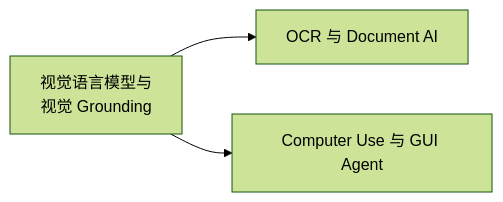
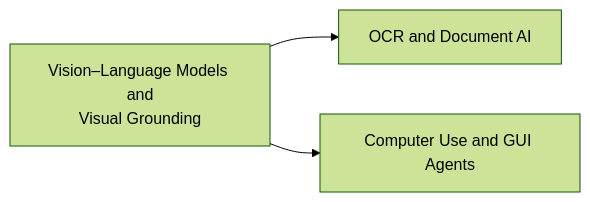
The diagram in docs/multimodal/02-vision-document/README.md (oneleaveknowsthefall/awesome-ai-roadmap), drawn with Mermaid (forest theme) before and after one commit. The commit also changed other lines of this file and 92 other files, not shown here.

````diff
--- a/docs/multimodal/02-vision-document/README.md
+++ b/docs/multimodal/02-vision-document/README.md
@@ -17,5 +17,5 @@
 ```mermaid
 flowchart LR
-    G[视觉语言模型与<br/>视觉 Grounding] --> O[OCR 与 Document AI]
-    G --> C[Computer Use 与 GUI Agent]
+    G[Vision–Language Models and<br/>Visual Grounding] --> O[OCR and Document AI]
+    G --> C[Computer Use and GUI Agents]
 ```
````
